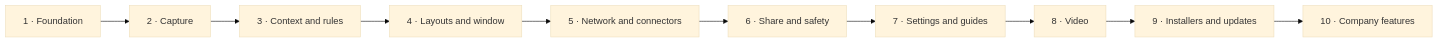
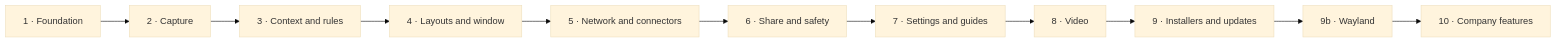
One commit to SotharL/CargoFrame changed the third of 3 diagrams in docs/development-plan.md. Above: the diagram before and after it, drawn with Mermaid (base theme). The commit also changed other lines of this file and 56 other files, not shown here.

````diff
--- a/docs/development-plan.md
+++ b/docs/development-plan.md
@@ -185,12 +188,13 @@
 ```mermaid
 flowchart LR
     P1[1 · Foundation] --> P2[2 · Capture]
     P2 --> P3[3 · Context and rules]
     P3 --> P4[4 · Layouts and window]
     P4 --> P5[5 · Network and connectors]
     P5 --> P6[6 · Share and safety]
     P6 --> P7[7 · Settings and guides]
     P7 --> P8[8 · Video]
     P8 --> P9[9 · Installers and updates]
-    P9 --> P10[10 · Company features]
+    P9 --> P9b[9b · Wayland]
+    P9b --> P10[10 · Company features]
 ```
````
